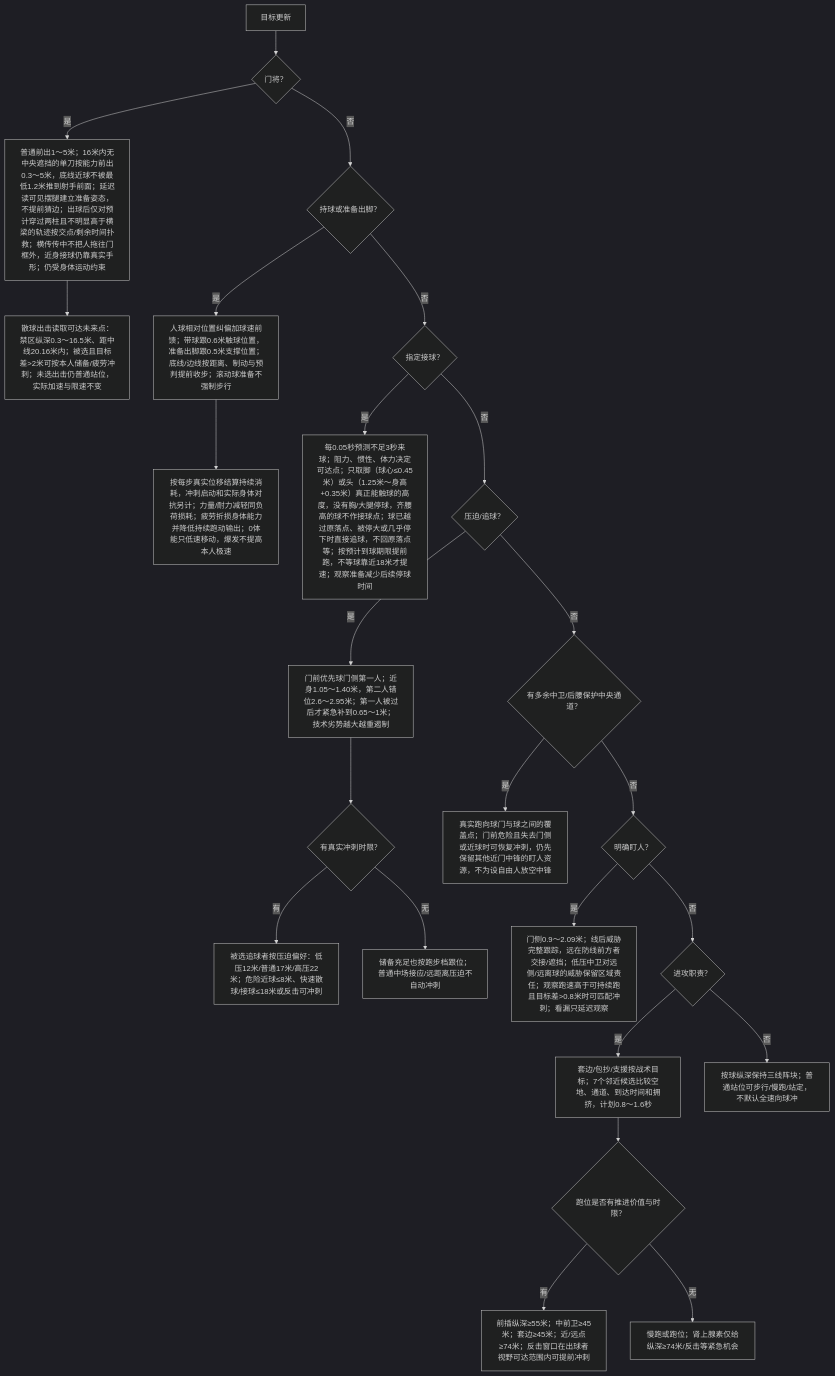
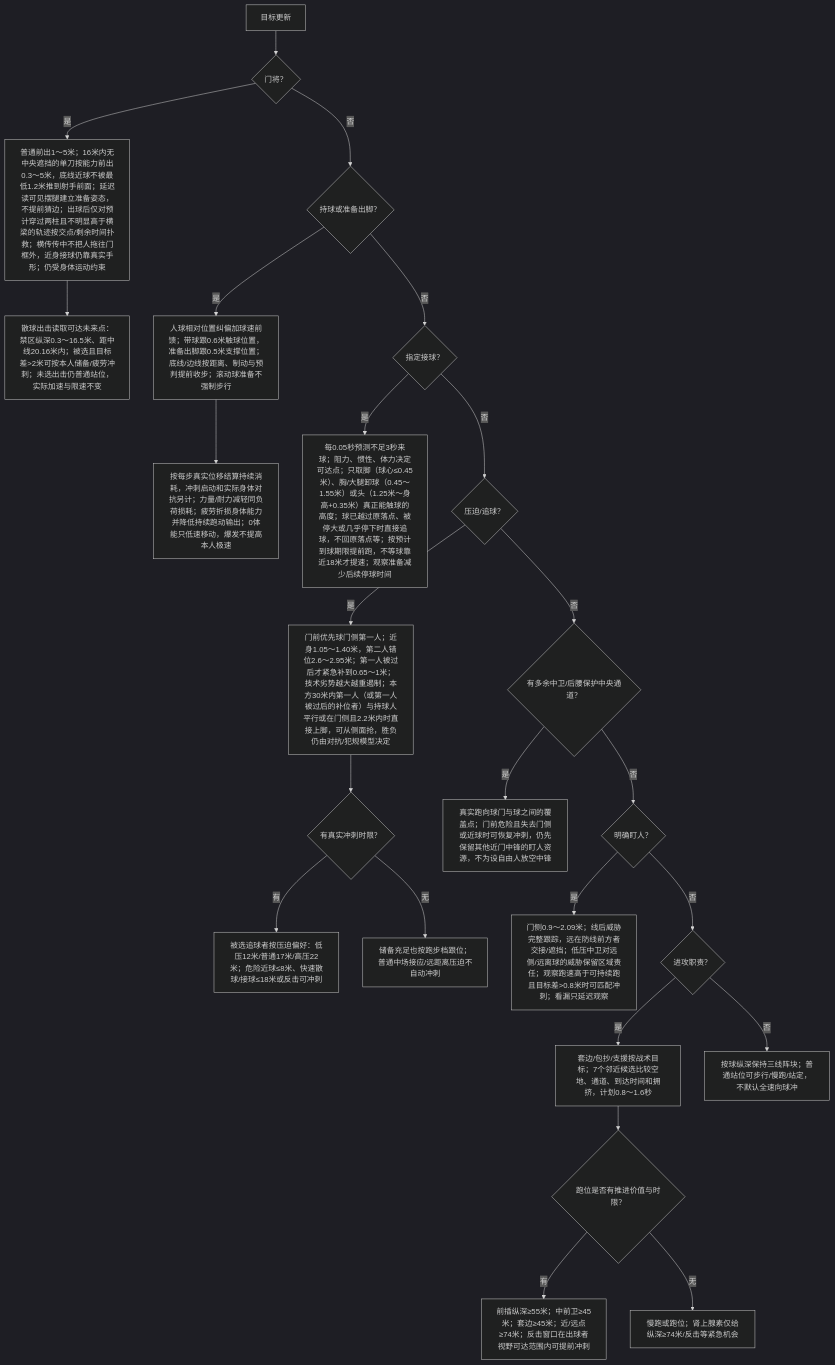
The third of 7 diagrams in packages/shared/modules/matches/design/PLAYER_DECISION_MAP.md (sixu3575/touchline-manager), drawn with Mermaid (dark theme) before and after one commit. The commit also changed other lines of this file and 13 other files, not shown here.

````diff
--- a/packages/shared/modules/matches/design/PLAYER_DECISION_MAP.md
+++ b/packages/shared/modules/matches/design/PLAYER_DECISION_MAP.md
@@ -98,26 +98,26 @@
 ```mermaid
 flowchart TD
   P0["目标更新"] --> P1{"门将？"}
   P1 -->|是| PK["普通前出1～5米；16米内无中央遮挡的单刀按能力前出0.3～5米，底线近球不被最低1.2米推到射手前面；延迟读可见摆腿建立准备姿态，不提前猜边；出球后仅对预计穿过两柱且不明显高于横梁的轨迹按交点/剩余时间扑救；横传传中不把人拖往门框外，近身接球仍靠真实手形；仍受身体运动约束"]
   PK --> PKS["散球出击读取可达未来点：禁区纵深0.3～16.5米、距中线20.16米内；被选且目标差>2米可按本人储备/疲劳冲刺；未选出击仍普通站位，实际加速与限速不变"]
   P1 -->|否| P2{"持球或准备出脚？"}
   P2 -->|是| PM["人球相对位置纠偏加球速前馈；带球跟0.6米触球位置，准备出脚跟0.5米支撑位置；底线/边线按距离、制动与预判提前收步；滚动球准备不强制步行"]
   PM --> PA["按每步真实位移结算持续消耗，冲刺启动和实际身体对抗另计；力量/耐力减轻同负荷损耗；疲劳折损身体能力并降低持续跑动输出；0体能只低速移动，爆发不提高本人极速"]
   P2 -->|否| P3{"指定接球？"}
-  P3 -->|是| PR["每0.05秒预测不足3秒来球；阻力、惯性、体力决定可达点；只取脚（球心≤0.45米）或头（1.25米～身高+0.35米）真正能触球的高度，没有胸/大腿停球，齐腰高的球不作接球点；球已越过原落点、被停大或几乎停下时直接追球，不回原落点等；按预计到球期限提前跑，不等球靠近18米才提速；观察准备减少后续停球时间"]
+  P3 -->|是| PR["每0.05秒预测不足3秒来球；阻力、惯性、体力决定可达点；只取脚（球心≤0.45米）、胸/大腿卸球（0.45～1.55米）或头（1.25米～身高+0.35米）真正能触球的高度；球已越过原落点、被停大或几乎停下时直接追球，不回原落点等；按预计到球期限提前跑，不等球靠近18米才提速；观察准备减少后续停球时间"]
   P3 -->|否| P4{"压迫/追球？"}
-  P4 -->|是| PP["门前优先球门侧第一人；近身1.05～1.40米，第二人错位2.6～2.95米；第一人被过后才紧急补到0.65～1米；技术劣势越大越重遏制"]
+  P4 -->|是| PP["门前优先球门侧第一人；近身1.05～1.40米，第二人错位2.6～2.95米；第一人被过后才紧急补到0.65～1米；技术劣势越大越重遏制；本方30米内第一人（或第一人被过后的补位者）与持球人平行或在门侧且2.2米内时直接上脚，可从侧面抢，胜负仍由对抗/犯规模型决定"]
   PP --> PX{"有真实冲刺时限？"}
   PX -->|有| PB["被选追球者按压迫偏好：低压12米/普通17米/高压22米；危险近球≤8米、快速散球/接球≤18米或反击可冲刺"]
   PX -->|无| PJ["储备充足也按跑步档跟位；普通中场接应/远距离压迫不自动冲刺"]
   P4 -->|否| PC{"有多余中卫/后腰保护中央通道？"}
   PC -->|是| PG["真实跑向球门与球之间的覆盖点；门前危险且失去门侧或近球时可恢复冲刺，仍先保留其他近门中锋的盯人资源，不为设自由人放空中锋"]
   PC -->|否| P5{"明确盯人？"}
   P5 -->|是| PD["门侧0.9～2.09米；线后威胁完整跟踪，远在防线前方者交接/遮挡；低压中卫对远侧/远离球的威胁保留区域责任；观察跑速高于可持续跑且目标差>0.8米时可匹配冲刺；看漏只延迟观察"]
   P5 -->|否| P6{"进攻职责？"}
   P6 -->|是| PS["套边/包抄/支援按战术目标；7个邻近候选比较空地、通道、到达时间和拥挤，计划0.8～1.6秒"]
   PS --> PX2{"跑位是否有推进价值与时限？"}
   PX2 -->|有| PB2["前插纵深≥55米；中前卫≥45米；套边≥45米；近/远点≥74米；反击窗口在出球者视野可达范围内可提前冲刺"]
   PX2 -->|无| PJ2["慢跑或跑位；肾上腺素仅给纵深≥74米/反击等紧急机会"]
   P6 -->|否| PO["按球纵深保持三线阵块；普通站位可步行/慢跑/站定，不默认全速向球冲"]
 ```
````
